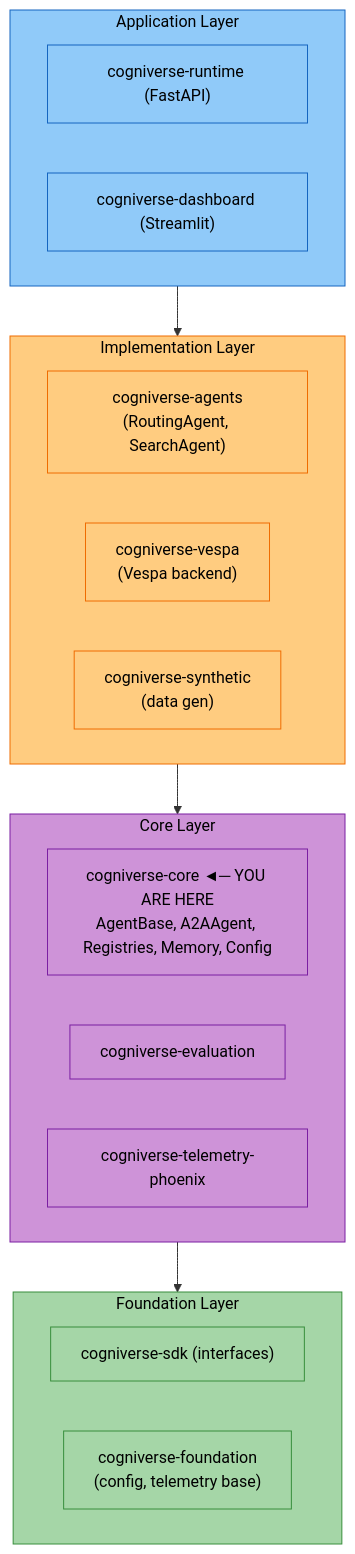
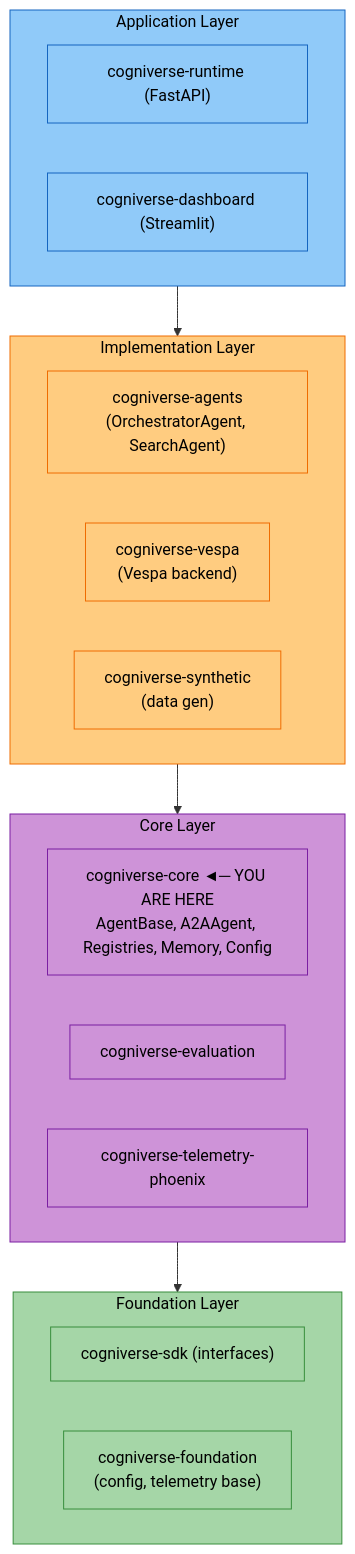
Before and after one commit to amit-jain/cogniverse: the diagram in docs/modules/core.md, drawn with Mermaid. The commit also changed other lines of this file and 75 other files, not shown here.

First line of the commit message:
Remove RoutingAgent and replace with OrchestratorAgent dispatch

````diff
--- a/docs/modules/core.md
+++ b/docs/modules/core.md
@@ -659,43 +653,43 @@
 ```mermaid
 flowchart TB
     subgraph AppLayer["<span style='color:#000'>Application Layer</span>"]
         Runtime["<span style='color:#000'>cogniverse-runtime (FastAPI)</span>"]
         Dashboard["<span style='color:#000'>cogniverse-dashboard (Streamlit)</span>"]
     end
 
     subgraph ImplLayer["<span style='color:#000'>Implementation Layer</span>"]
-        Agents["<span style='color:#000'>cogniverse-agents<br/>(RoutingAgent, SearchAgent)</span>"]
+        Agents["<span style='color:#000'>cogniverse-agents<br/>(OrchestratorAgent, SearchAgent)</span>"]
         Vespa["<span style='color:#000'>cogniverse-vespa<br/>(Vespa backend)</span>"]
         Synthetic["<span style='color:#000'>cogniverse-synthetic<br/>(data gen)</span>"]
     end
 
     subgraph CoreLayer["<span style='color:#000'>Core Layer</span>"]
         Core["<span style='color:#000'>cogniverse-core ◄─ YOU ARE HERE<br/>AgentBase, A2AAgent, Registries, Memory, Config</span>"]
         Evaluation["<span style='color:#000'>cogniverse-evaluation</span>"]
         Telemetry["<span style='color:#000'>cogniverse-telemetry-phoenix</span>"]
     end
 
     subgraph FoundationLayer["<span style='color:#000'>Foundation Layer</span>"]
         SDK["<span style='color:#000'>cogniverse-sdk (interfaces)</span>"]
         Foundation["<span style='color:#000'>cogniverse-foundation<br/>(config, telemetry base)</span>"]
     end
 
     AppLayer --> ImplLayer
     ImplLayer --> CoreLayer
     CoreLayer --> FoundationLayer
 
     style AppLayer fill:#90caf9,stroke:#1565c0,color:#000
     style Runtime fill:#90caf9,stroke:#1565c0,color:#000
     style Dashboard fill:#90caf9,stroke:#1565c0,color:#000
     style ImplLayer fill:#ffcc80,stroke:#ef6c00,color:#000
     style Agents fill:#ffcc80,stroke:#ef6c00,color:#000
     style Vespa fill:#ffcc80,stroke:#ef6c00,color:#000
     style Synthetic fill:#ffcc80,stroke:#ef6c00,color:#000
     style CoreLayer fill:#ce93d8,stroke:#7b1fa2,color:#000
     style Core fill:#ce93d8,stroke:#7b1fa2,color:#000
     style Evaluation fill:#ce93d8,stroke:#7b1fa2,color:#000
     style Telemetry fill:#ce93d8,stroke:#7b1fa2,color:#000
     style FoundationLayer fill:#a5d6a7,stroke:#388e3c,color:#000
     style SDK fill:#a5d6a7,stroke:#388e3c,color:#000
     style Foundation fill:#a5d6a7,stroke:#388e3c,color:#000
 ```
````
